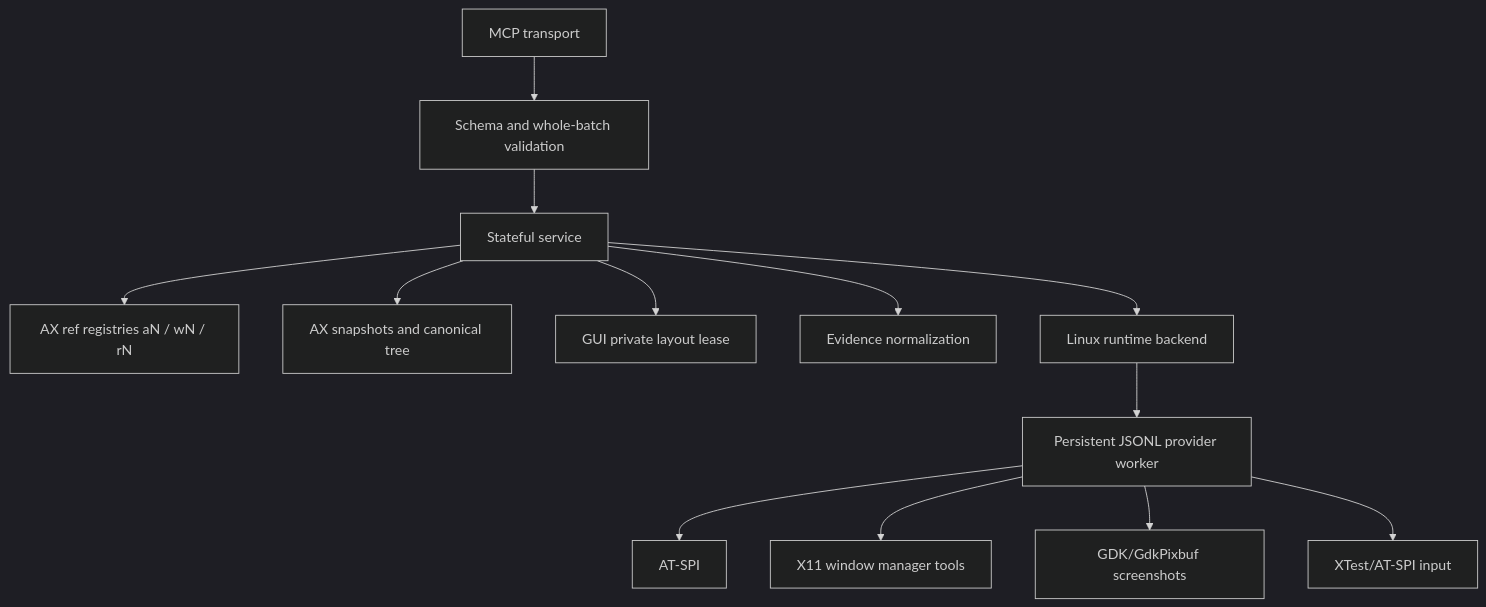
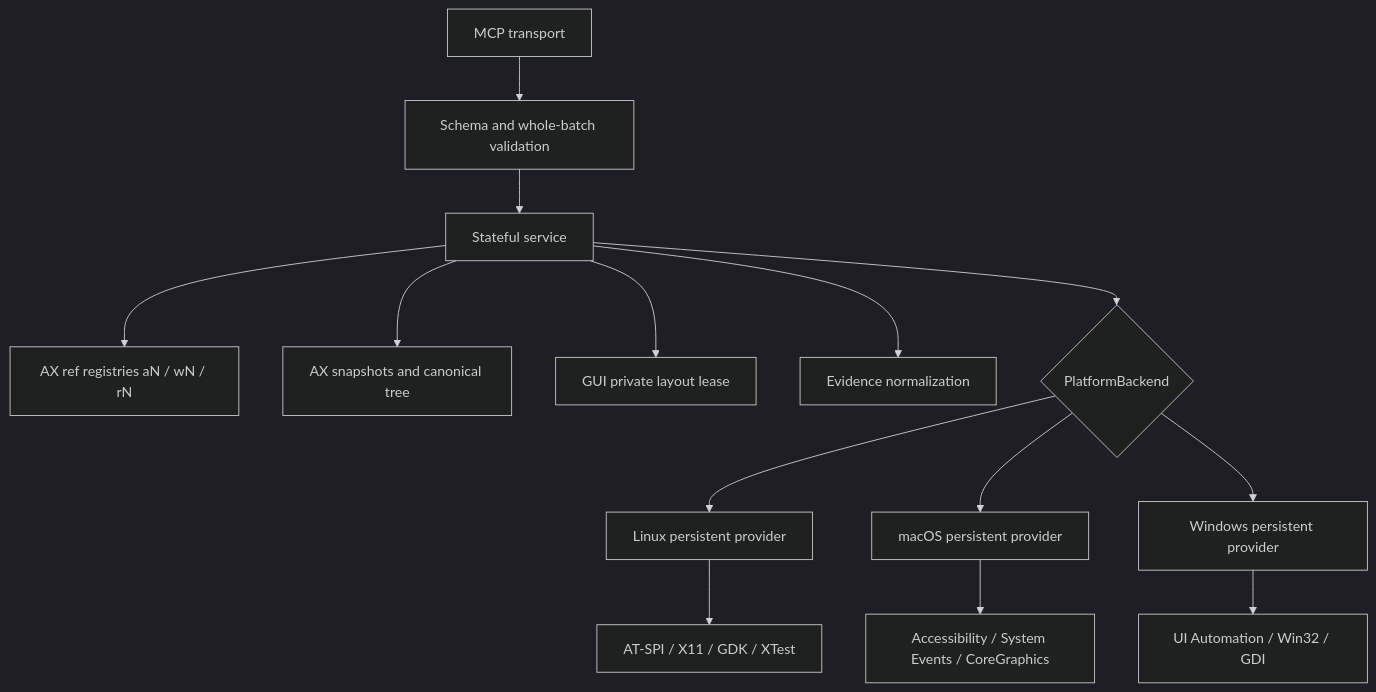
Before and after one commit to hqhq1025/hybrid-computer-use-oss: the second of 2 diagrams in docs/ARCHITECTURE.md, drawn with Mermaid (dark theme). The commit also changed other lines of this file and 30 other files, not shown here.

Commit message:
feat: add macOS and Windows computer-use backends

````diff
--- a/docs/ARCHITECTURE.md
+++ b/docs/ARCHITECTURE.md
@@ -35,15 +35,16 @@
 ```mermaid
 flowchart TB
     T[MCP transport] --> V[Schema and whole-batch validation]
     V --> S[Stateful service]
     S --> AR[AX ref registries aN / wN / rN]
     S --> AS[AX snapshots and canonical tree]
     S --> GL[GUI private layout lease]
     S --> E[Evidence normalization]
-    S --> B[Linux runtime backend]
-    B --> W[Persistent JSONL provider worker]
-    W --> AT[AT-SPI]
-    W --> WM[X11 window manager tools]
-    W --> PX[GDK/GdkPixbuf screenshots]
-    W --> IN[XTest/AT-SPI input]
+    S --> B{PlatformBackend}
+    B --> L[Linux persistent provider]
+    B --> M[macOS persistent provider]
+    B --> W[Windows persistent provider]
+    L --> AT[AT-SPI / X11 / GDK / XTest]
+    M --> MA[Accessibility / System Events / CoreGraphics]
+    W --> WI[UI Automation / Win32 / GDI]
 ```
````
